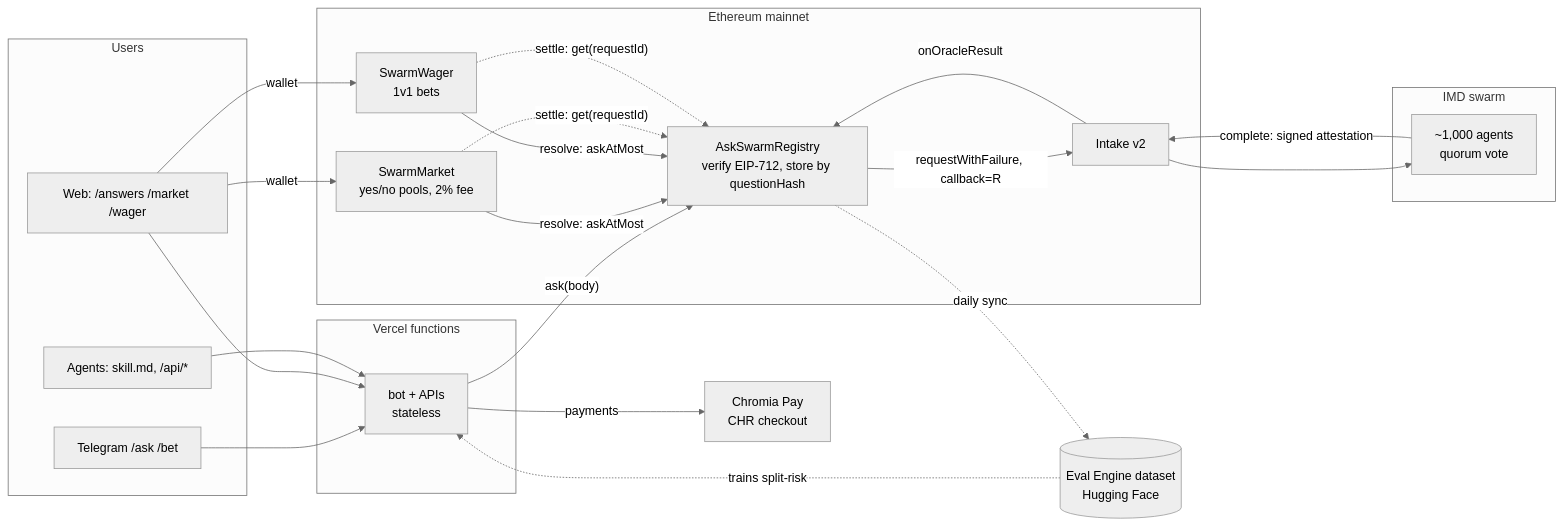
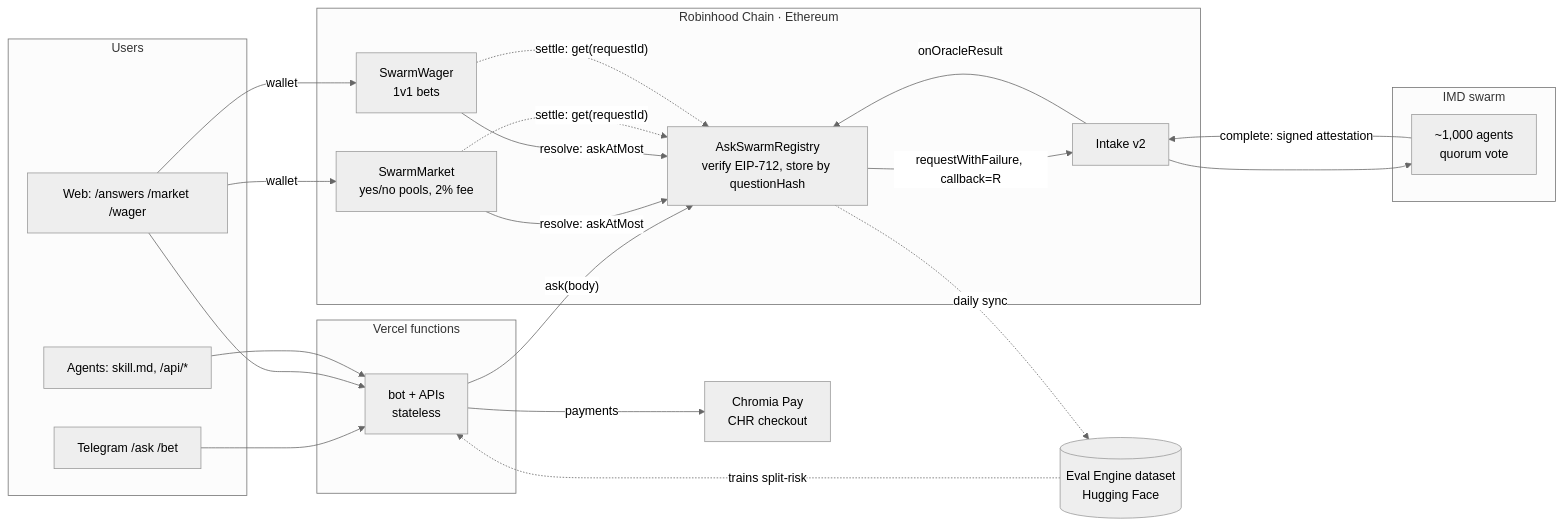
The second of 3 diagrams in README.md (ChromiaAgents/askswarm), drawn with Mermaid (neutral theme) before and after one commit. The commit also changed other lines of this file and 3 other files, not shown here.

Commit message:
Robinhood Chain live: README, submission and evidence with launch #2223 contracts; market page labels Ethereum markets in the feed and keeps contracts off the leaderboard

````diff
--- a/README.md
+++ b/README.md
@@ -62,39 +69,39 @@
 ```mermaid
 flowchart LR
     subgraph Users
         U[Telegram /ask /bet]
         WB["Web: /answers /market /wager"]
         AG["Agents: skill.md, /api/*"]
     end
     subgraph V[Vercel functions]
         L[bot + APIs<br/>stateless]
     end
     CP[Chromia Pay<br/>CHR checkout]
-    subgraph ETH[Ethereum mainnet]
+    subgraph ETH[Robinhood Chain · Ethereum]
         R["AskSwarmRegistry<br/>verify EIP-712, store by questionHash"]
         M["SwarmMarket<br/>yes/no pools, 2% fee"]
         W["SwarmWager<br/>1v1 bets"]
         IN["Intake v2"]
     end
     subgraph IMD[IMD swarm]
         S[~1,000 agents<br/>quorum vote]
     end
     HF[(Eval Engine dataset<br/>Hugging Face)]
     U --> L
     WB --> L
     AG --> L
     L -->|payments| CP
     L -->|"ask(body)"| R
     WB -->|wallet| M
     WB -->|wallet| W
     M -->|"resolve: askAtMost"| R
     W -->|"resolve: askAtMost"| R
     M -. "settle: get(requestId)" .-> R
     W -. "settle: get(requestId)" .-> R
     R -->|"requestWithFailure, callback=R"| IN
     IN --> S
     S -->|"complete: signed attestation"| IN
     IN -->|onOracleResult| R
     R -. daily sync .-> HF
     HF -. trains split-risk .-> L
 ```
````
